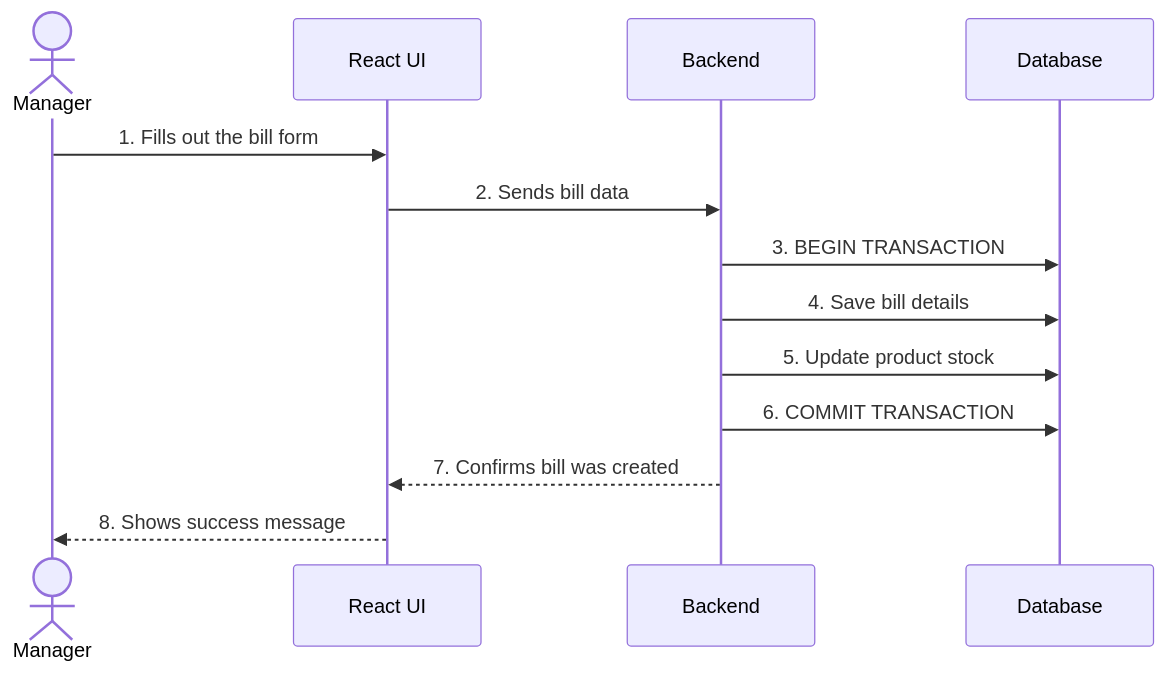
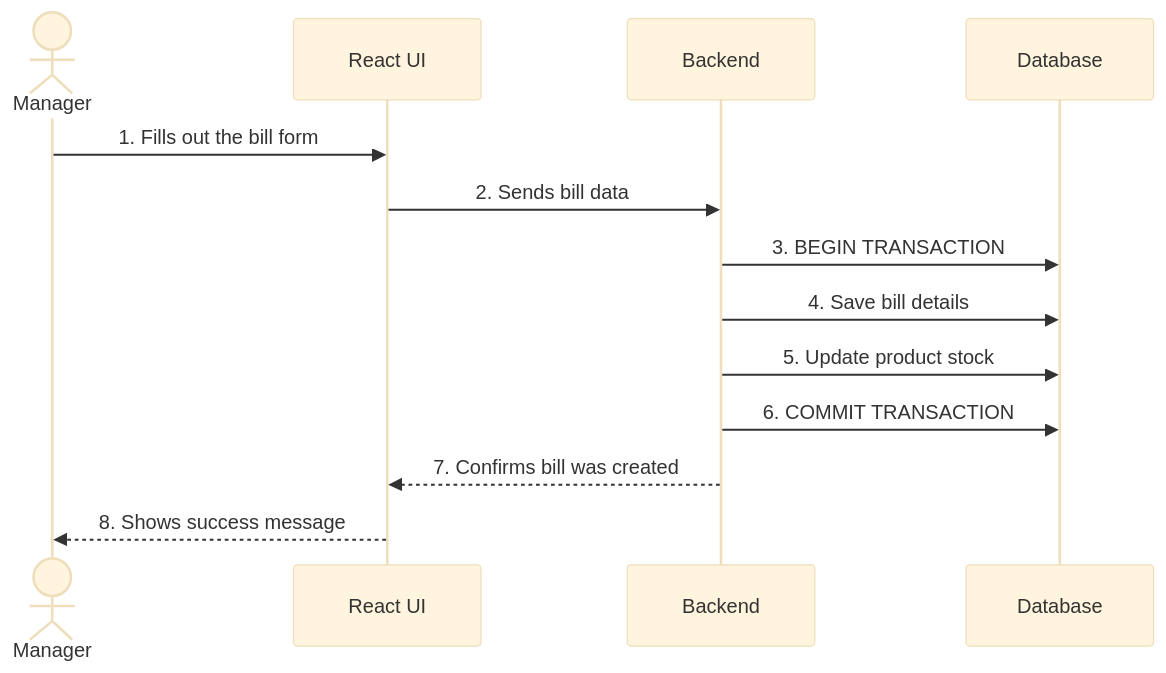
Before and after one commit to rohitagarwal-gkmit/retailpulse-docs: the first of 6 diagrams in docs/technical/data_flow.md, drawn with Mermaid. The commit also changed other lines of this file and 1 other file, not shown here.

Commit message:
[feat]: Enhance authentication and data flow documentation with detailed user login sequence and transaction management

````diff
--- a/docs/technical/data_flow.md
+++ b/docs/technical/data_flow.md
@@ -7,16 +7,17 @@
 ```mermaid
+%%{init: {'theme':'base', 'themeVariables': { 'fontSize':'38px', 'fontFamily':'Arial'}}}%%
 sequenceDiagram
     actor Manager
     participant UI as React UI
     participant API as Backend
     participant DB as Database
     
     Manager->>UI: 1. Fills out the bill form
     UI->>API: 2. Sends bill data
     API->>DB: 3. BEGIN TRANSACTION
     API->>DB: 4. Save bill details
     API->>DB: 5. Update product stock
     API->>DB: 6. COMMIT TRANSACTION
     API-->>UI: 7. Confirms bill was created
     UI-->>Manager: 8. Shows success message
 ```
````
